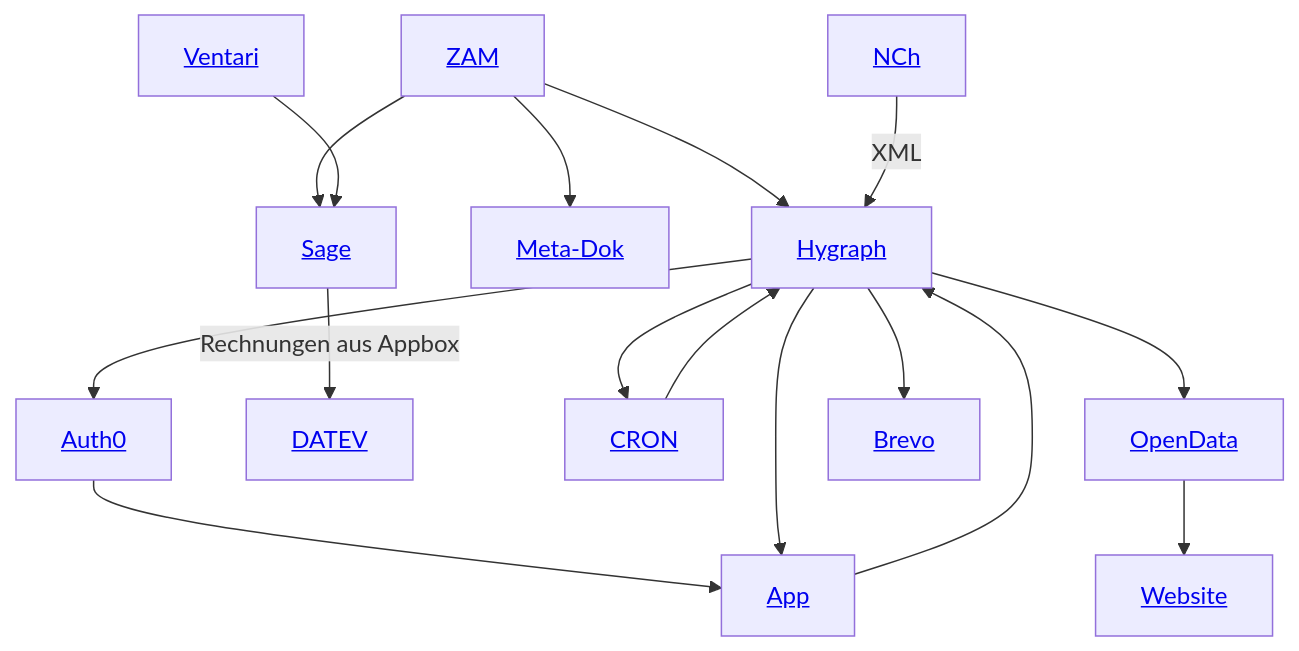
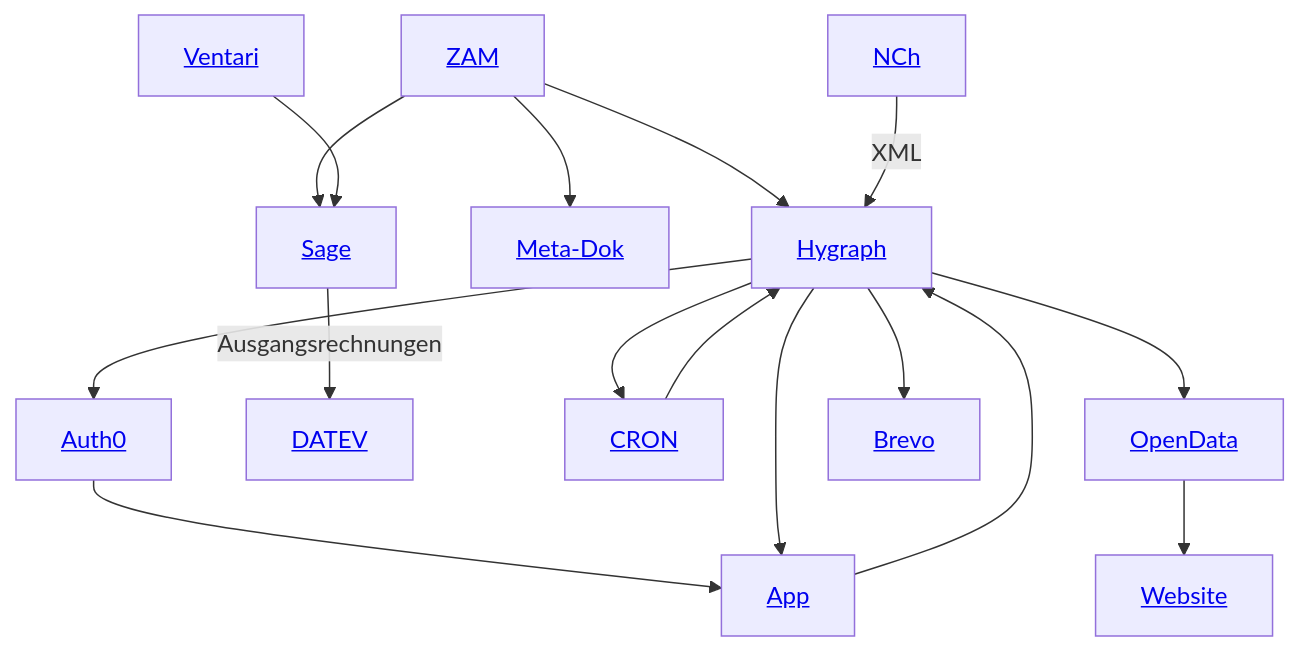
One commit to GDCh-de/docs changed the diagram in infrastructure.md. Above: the diagram before and after it, drawn with Mermaid.

````diff
--- a/infrastructure.md
+++ b/infrastructure.md
@@ -3,11 +3,11 @@
 ```mermaid
 graph TD;
   Hygraph[<a href='/GDCh-de/docs/blob/main/hygraph.md'>Hygraph</a>] --> Auth0[<a href='/GDCh-de/docs/blob/main/Auth0.md'>Auth0</a>] --> App[<a href='/GDCh-de/docs/blob/main/App.md'>App</a>] --> Hygraph --> App;
   ZAM[<a href='/GDCh-de/docs/blob/main/ZAM.md'>ZAM</a>] --> Meta-Dok[<a href='/GDCh-de/docs/blob/main/Meta-Dok.md'>Meta-Dok</a>];
-  ZAM --> Sage[<a href='/GDCh-de/docs/blob/main/Sage.md'>Sage</a>] --> |Rechnungen aus Appbox| DATEV[<a href='/GDCh-de/docs/blob/main/DATEV.md'>DATEV</a>];
+  ZAM --> Sage[<a href='/GDCh-de/docs/blob/main/Sage.md'>Sage</a>] --> |Ausgangsrechnungen| DATEV[<a href='/GDCh-de/docs/blob/main/DATEV.md'>DATEV</a>];
   Ventari[<a href='/GDCh-de/docs/blob/main/Ventari.md'>Ventari</a>] --> Sage;
   Hygraph --> Cron[<a href='/GDCh-de/docs/blob/main/CRON.md'>CRON</a>] --> Hygraph;
   ZAM --> Hygraph;
   Hygraph --> OpenData[<a href='/GDCh-de/docs/blob/main/OpenData.md'>OpenData</a>] --> Website[<a href='/GDCh-de/docs/blob/main/Website.md'>Website</a>];
   NCh[<a href='/GDCh-de/docs/blob/main/NCh.md'>NCh</a>] --> |XML| Hygraph --> Brevo[<a href='/GDCh-de/docs/blob/main/Brevo.md'>Brevo</a>]
 ```
````
